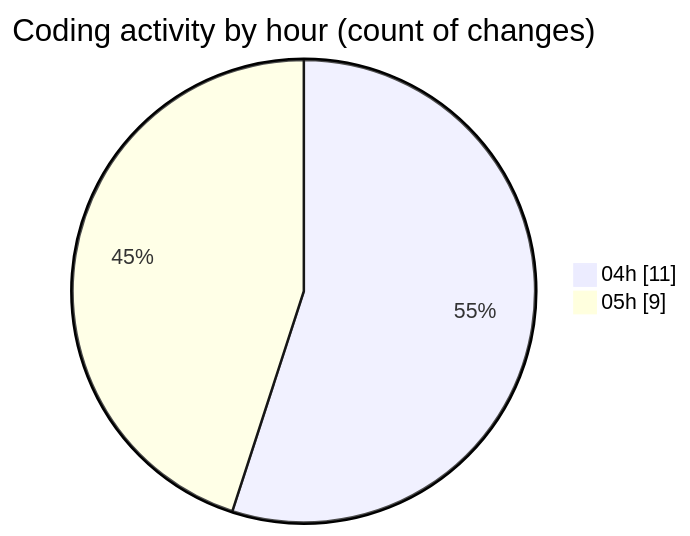
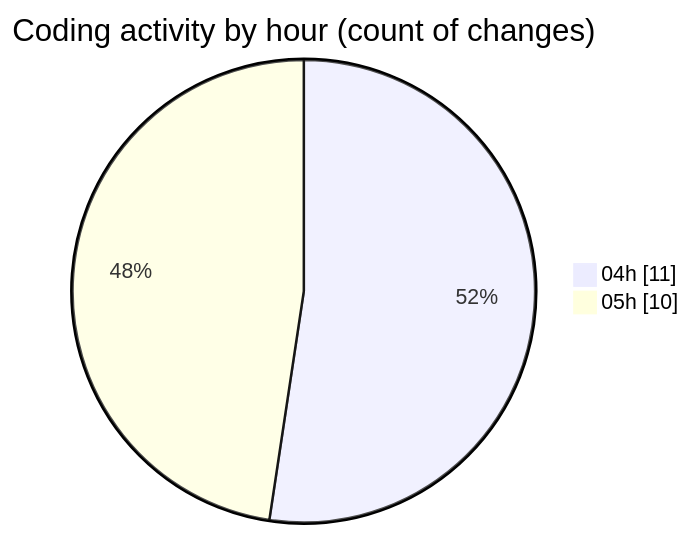
The second of 2 diagrams in 2025-03-27/autodidak/README.md (idhammustaqopulfikri/code-tracking), drawn with Mermaid before and after one commit. The commit also changed other lines of this file and 1 other file, not shown here.

````diff
--- a/2025-03-27/autodidak/README.md
+++ b/2025-03-27/autodidak/README.md
@@ -32,6 +32,6 @@
 ```mermaid
 pie showData
 title Coding activity by hour (count of changes)
 "04h" : 11
-"05h" : 9
+"05h" : 10
 ```
````
